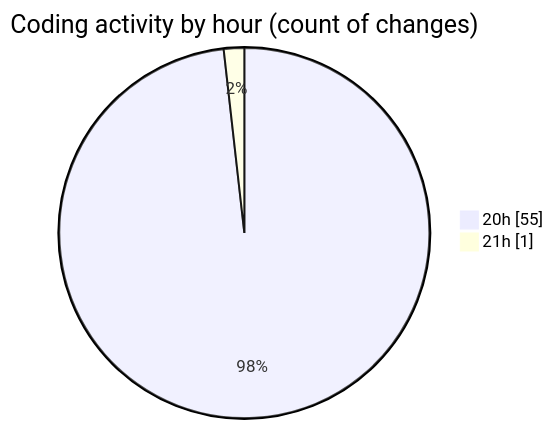
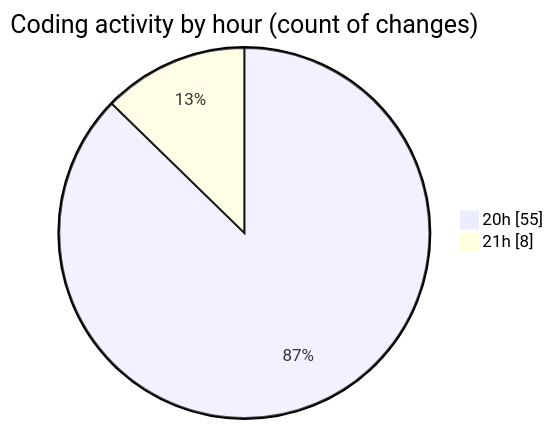
One commit to Netris89/code-tracking changed the second of 2 diagrams in 2025-05-08/date/README.md. Above: the diagram before and after it, drawn with Mermaid. The commit also changed other lines of this file and 1 other file, not shown here.

````diff
--- a/2025-05-08/date/README.md
+++ b/2025-05-08/date/README.md
@@ -34,6 +38,6 @@
 ```mermaid
 pie showData
 title Coding activity by hour (count of changes)
 "20h" : 55
-"21h" : 1
+"21h" : 8
 ```
````
